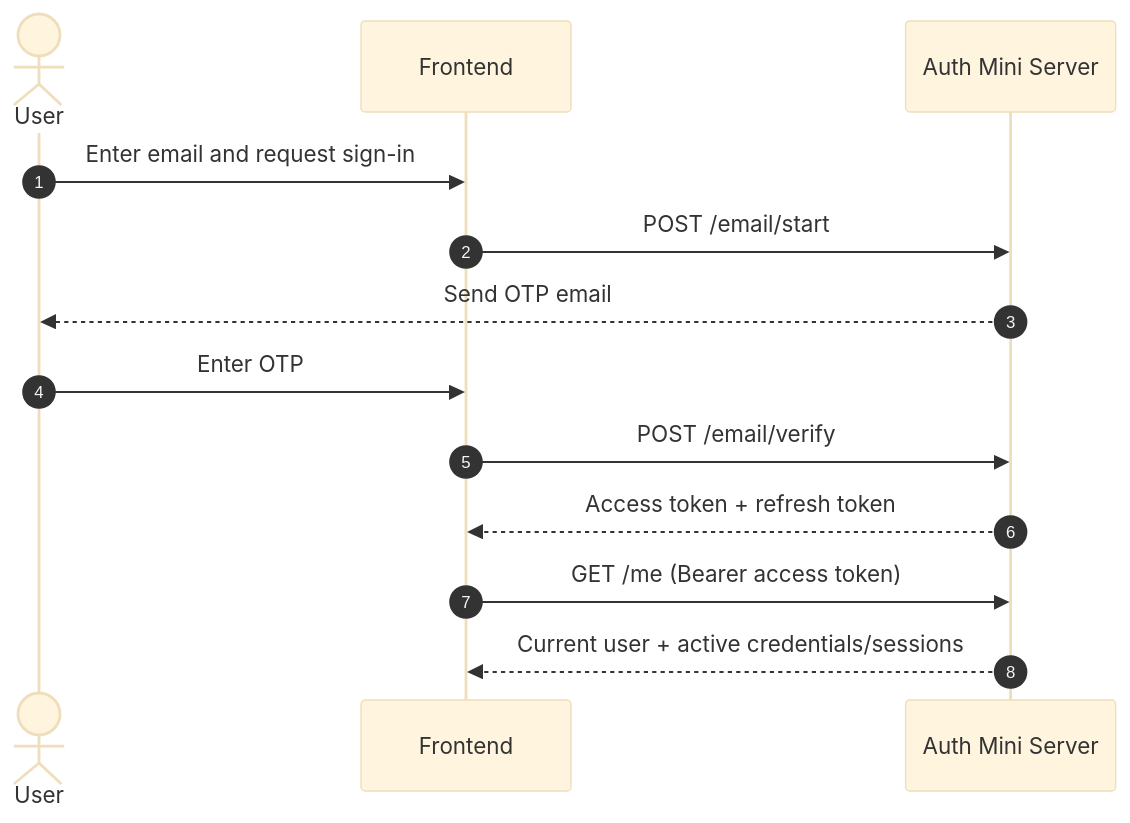
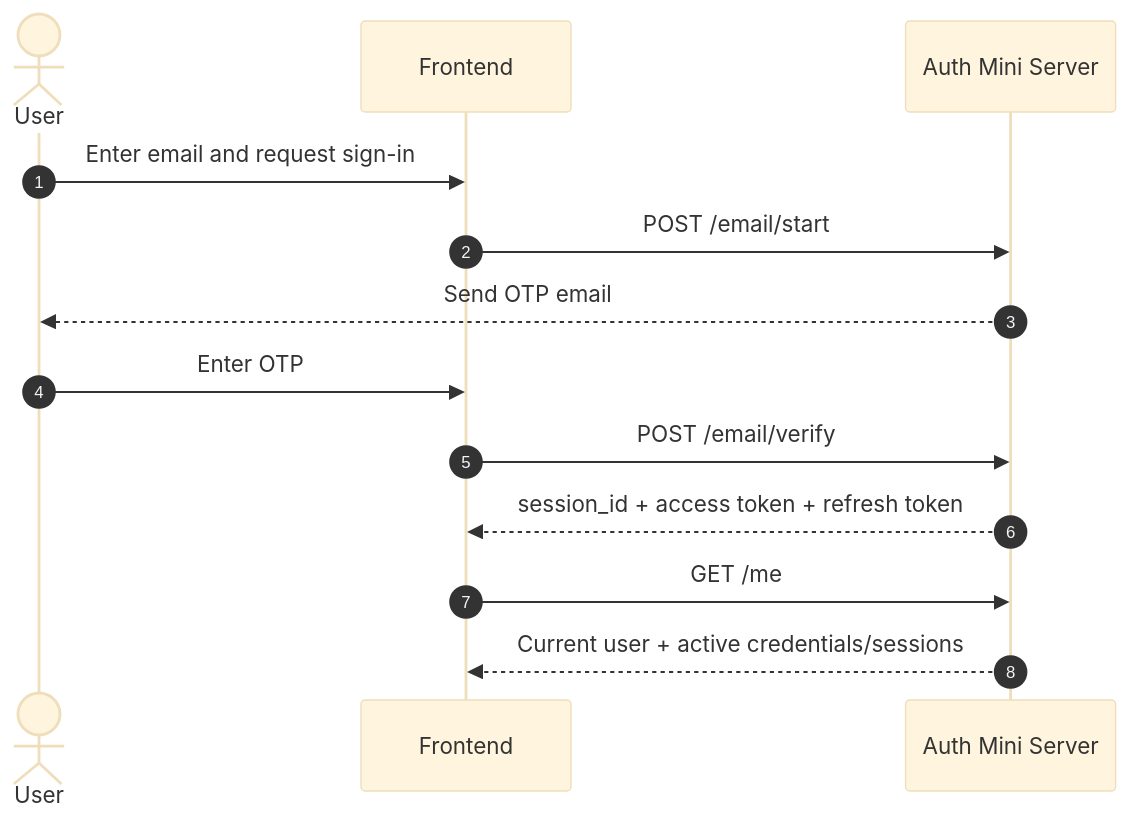
One commit to zccz14/auth-mini changed the first of 3 diagrams in README.md. Above: the diagram before and after it, drawn with Mermaid (base theme). The commit also changed other lines of this file and 9 other files, not shown here.

````diff
--- a/README.md
+++ b/README.md
@@ -17,17 +18,16 @@
 ```mermaid
 sequenceDiagram
     autonumber
     actor User
     participant Frontend
     participant Auth as Auth Mini Server
 
     User->>Frontend: Enter email and request sign-in
     Frontend->>Auth: POST /email/start
     Auth-->>User: Send OTP email
     User->>Frontend: Enter OTP
     Frontend->>Auth: POST /email/verify
-    Auth-->>Frontend: Access token + refresh token
-
-    Frontend->>Auth: GET /me (Bearer access token)
+    Auth-->>Frontend: session_id + access token + refresh token
+    Frontend->>Auth: GET /me
     Auth-->>Frontend: Current user + active credentials/sessions
 ```
````
